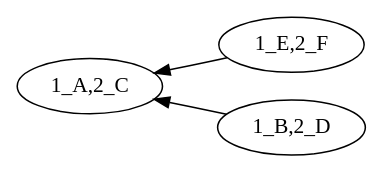
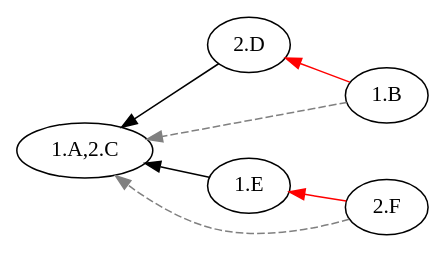
The diagram in example/output/pw1/pw1_pw_0.dot (EulerProject/EulerX), drawn with Graphviz before and after one commit. The commit also changed 12 other files, not shown here.

```diff
--- a/example/output/pw1/pw1_pw_0.dot
+++ b/example/output/pw1/pw1_pw_0.dot
@@ -1,7 +1,11 @@
 digraph {
 
 rankdir = RL
 
-"1_E,2_F" -> "1_A,2_C" [style=filled, color=black];
-"1_B,2_D" -> "1_A,2_C" [style=filled, color=black];
+"1.B" -> "2.D" [style=filled, color=red];
+"2.F" -> "1.E" [style=filled, color=red];
+"2.D" -> "1.A,2.C" [style=filled, color=black];
+"1.E" -> "1.A,2.C" [style=filled, color=black];
+"1.B" -> "1.A,2.C" [style=dashed, color=grey];
+"2.F" -> "1.A,2.C" [style=dashed, color=grey];
 }
```
